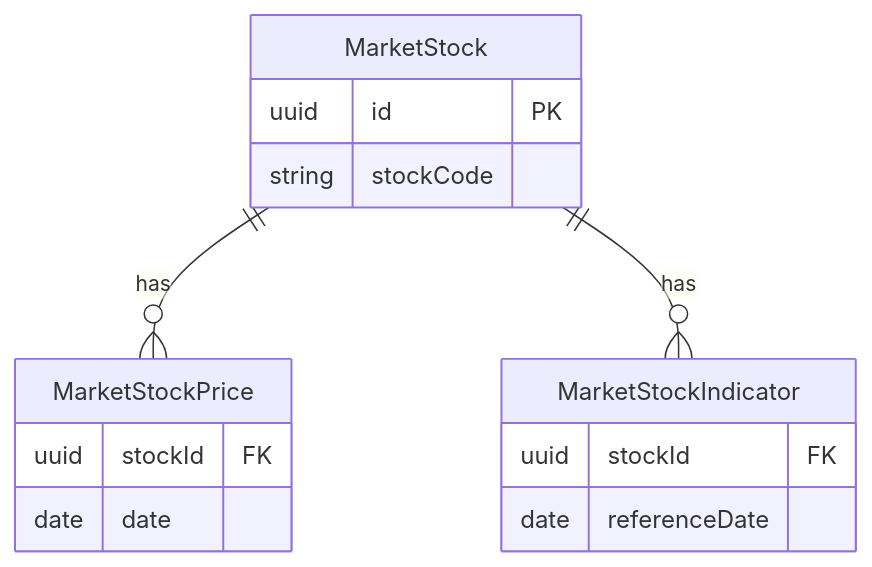
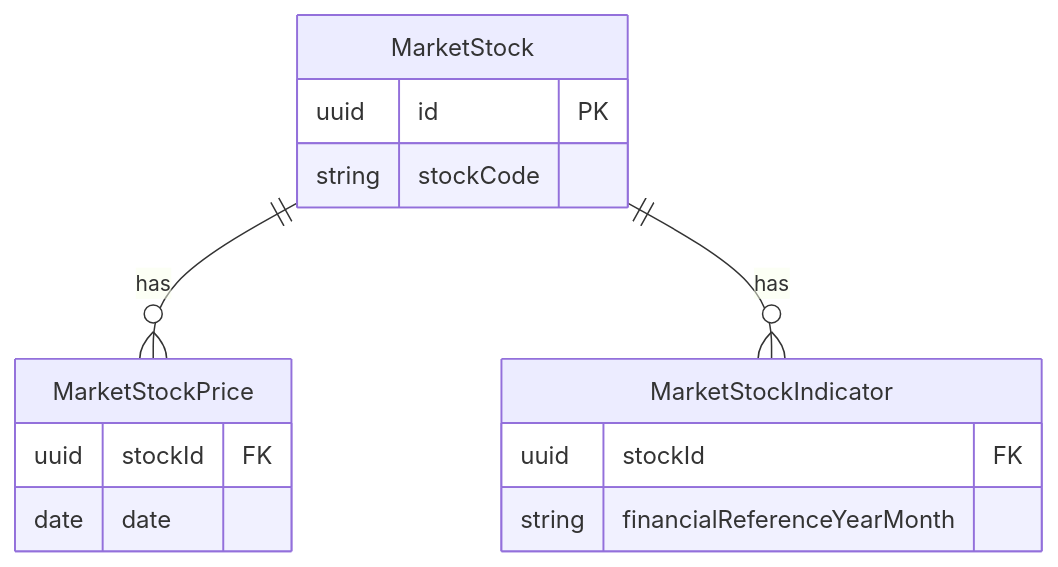
One commit to sajo-team/sajo changed the diagram in market-service/docs/MARKET_SERVICE_OVERVIEW.md. Above: the diagram before and after it, drawn with Mermaid. The commit also changed other lines of this file and 41 other files, not shown here.

````diff
--- a/market-service/docs/MARKET_SERVICE_OVERVIEW.md
+++ b/market-service/docs/MARKET_SERVICE_OVERVIEW.md
@@ -52,18 +52,18 @@
 ```mermaid
 erDiagram
     MarketStock ||--o{ MarketStockPrice : has
     MarketStock ||--o{ MarketStockIndicator : has
 
     MarketStock {
         uuid id PK
         string stockCode
     }
     MarketStockPrice {
         uuid stockId FK
         date date
     }
     MarketStockIndicator {
         uuid stockId FK
-        date referenceDate
+        string financialReferenceYearMonth
     }
 ```
````
